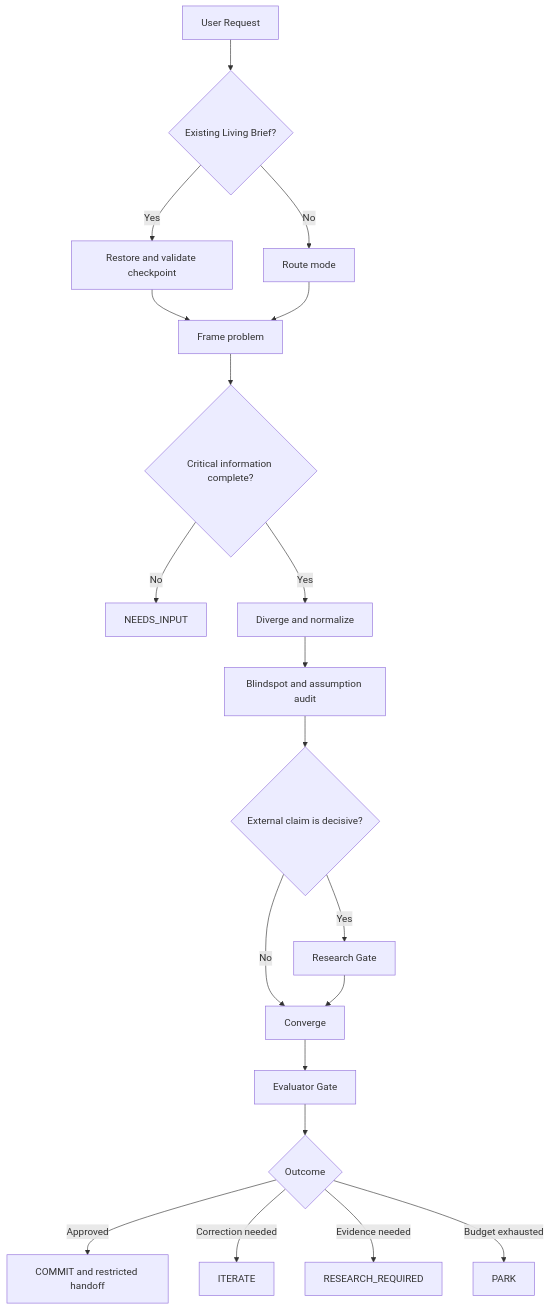
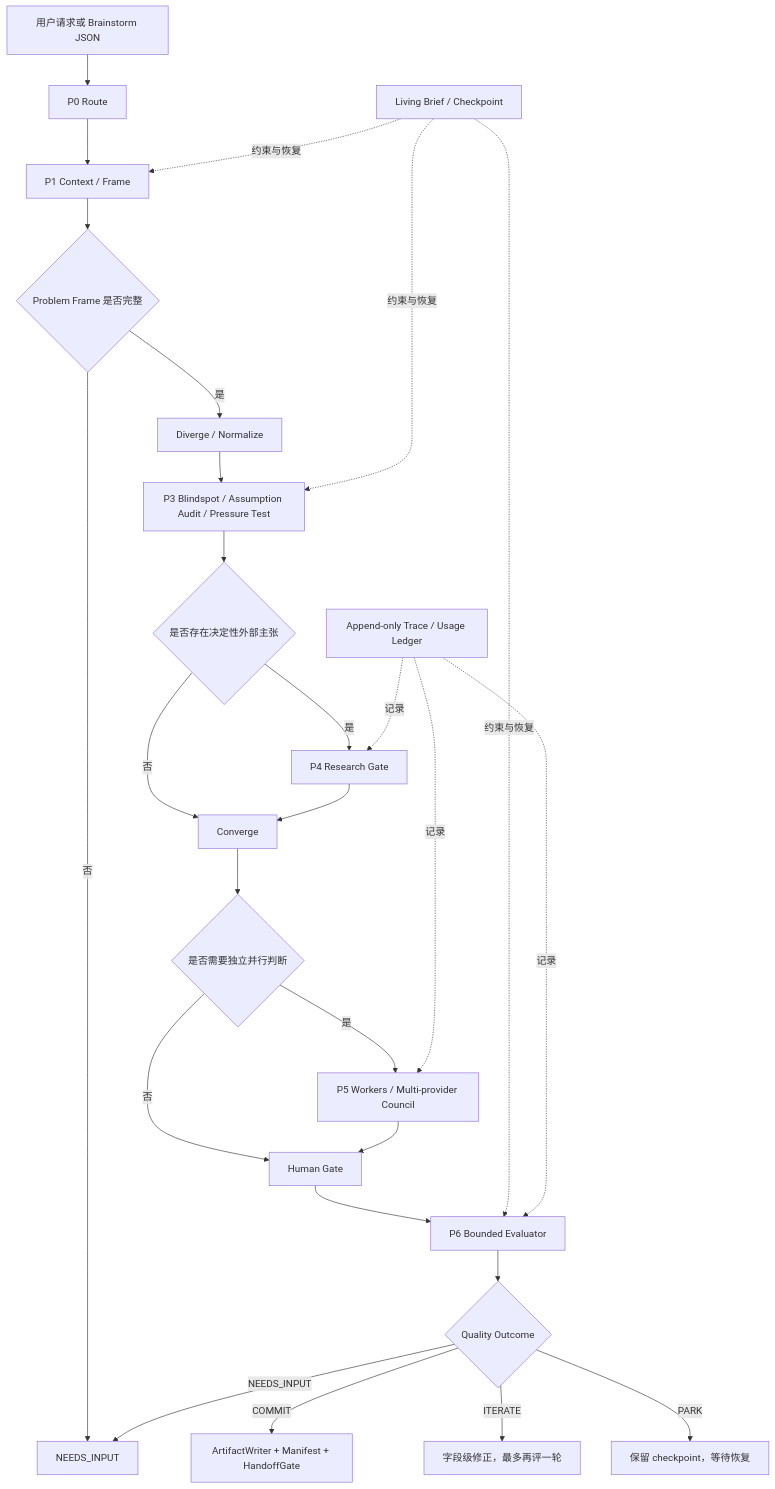
The diagram in README.md (GENCAN-ver1/braindstorm_ver1), drawn with Mermaid before and after one commit. The commit also changed other lines of this file and 62 other files, not shown here.

````diff
--- a/README.md
+++ b/README.md
@@ -24,22 +50,30 @@
 ```mermaid
 flowchart TD
-    A[User Request] --> B{Existing Living Brief?}
-    B -- Yes --> C[Restore and validate checkpoint]
-    B -- No --> D[Route mode]
-    C --> E[Frame problem]
-    D --> E
-    E --> F{Critical information complete?}
-    F -- No --> G[NEEDS_INPUT]
-    F -- Yes --> H[Diverge and normalize]
-    H --> I[Blindspot and assumption audit]
-    I --> J{External claim is decisive?}
-    J -- Yes --> K[Research Gate]
-    J -- No --> L[Converge]
-    K --> L
-    L --> M[Evaluator Gate]
-    M --> N{Outcome}
-    N -->|Approved| O[COMMIT and restricted handoff]
-    N -->|Correction needed| P[ITERATE]
-    N -->|Evidence needed| Q[RESEARCH_REQUIRED]
-    N -->|Budget exhausted| R[PARK]
+    A[用户请求或 Brainstorm JSON] --> B[P0 Route]
+    B --> C[P1 Context / Frame]
+    C --> D{Problem Frame 是否完整}
+    D -- 否 --> E[NEEDS_INPUT]
+    D -- 是 --> F[Diverge / Normalize]
+    F --> G[P3 Blindspot / Assumption Audit / Pressure Test]
+    G --> H{是否存在决定性外部主张}
+    H -- 是 --> I[P4 Research Gate]
+    H -- 否 --> J[Converge]
+    I --> J
+    J --> K{是否需要独立并行判断}
+    K -- 是 --> L[P5 Workers / Multi-provider Council]
+    K -- 否 --> M[Human Gate]
+    L --> M
+    M --> N[P6 Bounded Evaluator]
+    N --> O{Quality Outcome}
+    O -- COMMIT --> P[ArtifactWriter + Manifest + HandoffGate]
+    O -- ITERATE --> Q[字段级修正，最多再评一轮]
+    O -- NEEDS_INPUT --> E
+    O -- PARK --> R[保留 checkpoint，等待恢复]
+
+    S[Living Brief / Checkpoint] -.约束与恢复.-> C
+    S -.约束与恢复.-> G
+    S -.约束与恢复.-> N
+    T[Append-only Trace / Usage Ledger] -.记录.-> I
+    T -.记录.-> L
+    T -.记录.-> N
 ```
````
